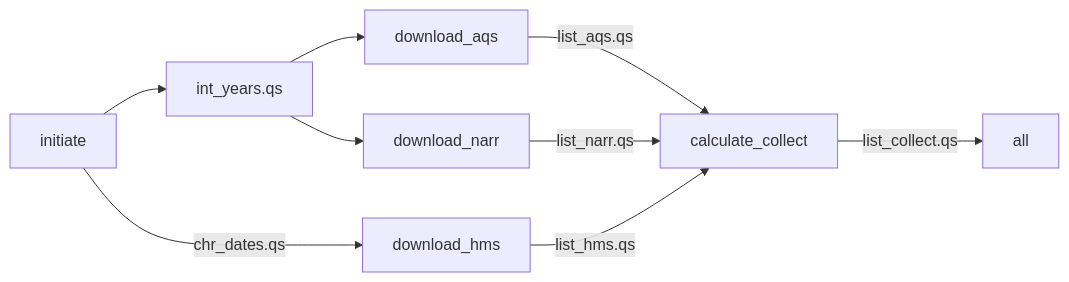
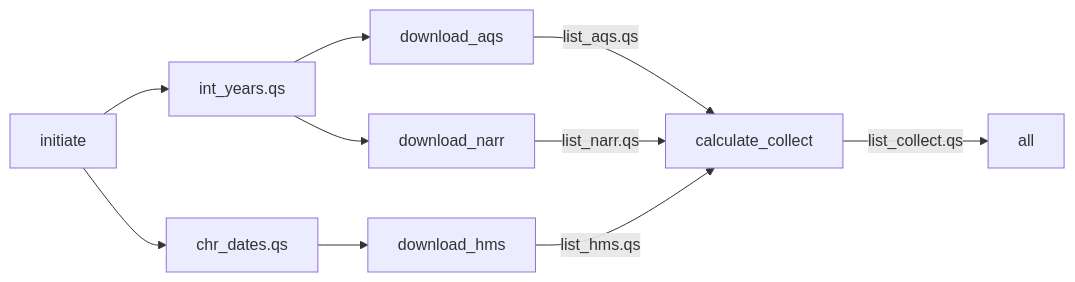
The diagram in README.md (mitchellmanware/beethoven-sm), drawn with Mermaid before and after one commit.

Commit message:
update README.md (manual)

````diff
--- a/README.md
+++ b/README.md
@@ -54,14 +54,15 @@
 ```mermaid
 flowchart LR
     initiate[initiate] --> years[int_years.qs]
-    initiate -->|chr_dates.qs| hms[download_hms]
+    initiate --> dates[chr_dates.qs]
 
+    dates --> hms[download_hms]
     years --> aqs[download_aqs]
     years --> narr[download_narr]
 
     aqs -->|list_aqs.qs| collect[calculate_collect]
     narr -->|list_narr.qs| collect
     hms -->|list_hms.qs| collect
 
     collect -->|list_collect.qs| all[all]
 ```
````
